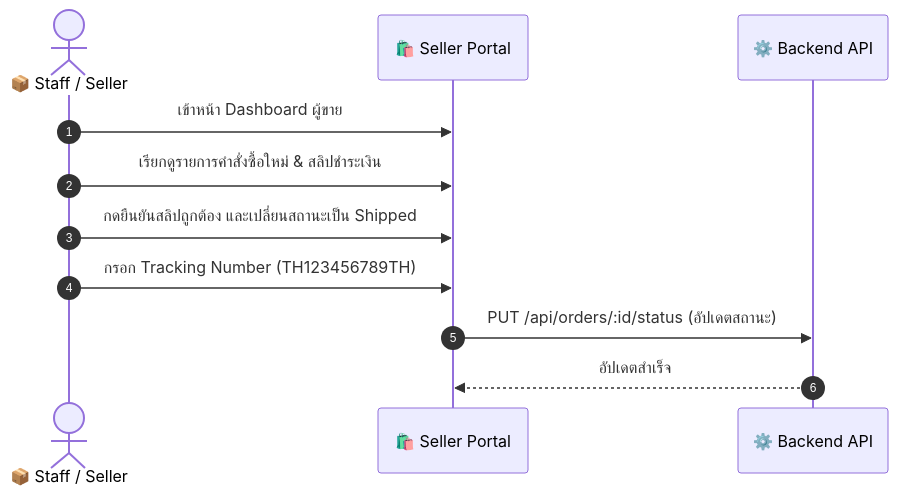
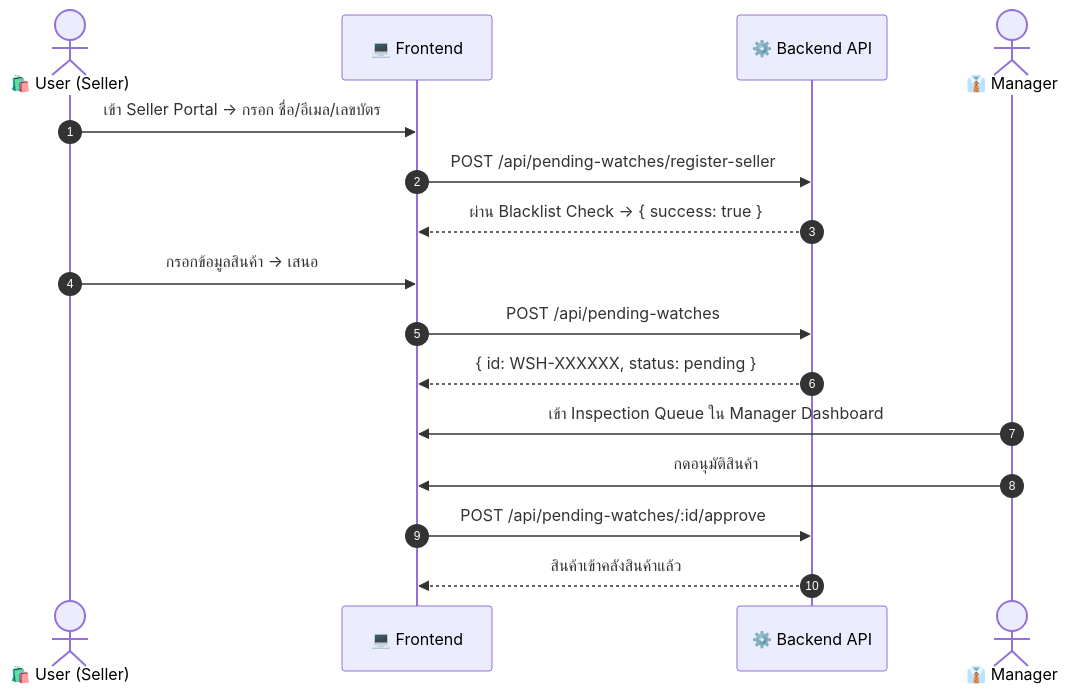
Before and after one commit to sShinjikubs/Workshop-1: the third of 3 diagrams in UAT_Test_Cases.md, drawn with Mermaid. The commit also changed other lines of this file and 688 other files, not shown here.

````diff
--- a/UAT_Test_Cases.md
+++ b/UAT_Test_Cases.md
@@ -109,14 +126,20 @@
 ```mermaid
 sequenceDiagram
     autonumber
-    actor Staff as 📦 Staff / Seller
-    participant SellerUI as 🛍️ Seller Portal
+    actor Seller as 🛍️ User (Seller)
+    participant UI as 💻 Frontend
     participant Backend as ⚙️ Backend API
+    actor Manager as 👔 Manager
 
-    Staff->>SellerUI: เข้าหน้า Dashboard ผู้ขาย
-    Staff->>SellerUI: เรียกดูรายการคำสั่งซื้อใหม่ & สลิปชำระเงิน
-    Staff->>SellerUI: กดยืนยันสลิปถูกต้อง และเปลี่ยนสถานะเป็น Shipped
-    Staff->>SellerUI: กรอก Tracking Number (TH123456789TH)
-    SellerUI->>Backend: PUT /api/orders/:id/status (อัปเดตสถานะ)
-    Backend-->>SellerUI: อัปเดตสำเร็จ
+    Seller->>UI: เข้า Seller Portal → กรอก ชื่อ/อีเมล/เลขบัตร
+    UI->>Backend: POST /api/pending-watches/register-seller
+    Backend-->>UI: ผ่าน Blacklist Check → { success: true }
+    Seller->>UI: กรอกข้อมูลสินค้า → เสนอ
+    UI->>Backend: POST /api/pending-watches
+    Backend-->>UI: { id: WSH-XXXXXX, status: pending }
+
+    Manager->>UI: เข้า Inspection Queue ใน Manager Dashboard
+    Manager->>UI: กดอนุมัติสินค้า
+    UI->>Backend: POST /api/pending-watches/:id/approve
+    Backend-->>UI: สินค้าเข้าคลังสินค้าแล้ว
 ```
````
